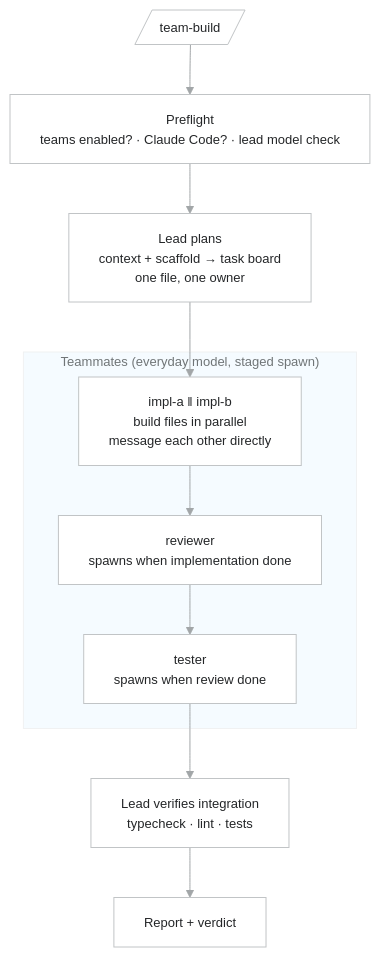
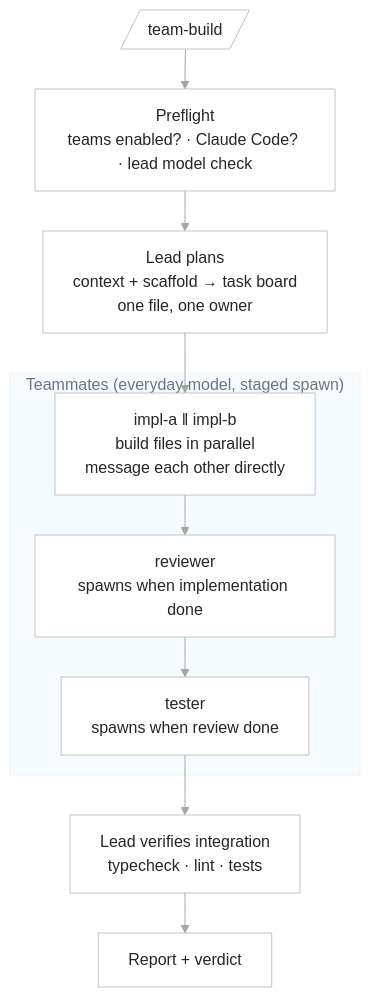
Diagram 15 of 17 in README.md (raditia/CraftKit), drawn with Mermaid before and after one commit. The commit also changed other lines of this file, not shown here.

First line of the commit message:
docs: make README diagrams readable at GitHub width

````diff
--- a/README.md
+++ b/README.md
@@ -934,32 +965,34 @@
 ```mermaid
 ---
 config:
   theme: base
   look: classic
   fontFamily: "-apple-system, BlinkMacSystemFont, Segoe UI, Helvetica, Arial, sans-serif"
   themeVariables:
     fontFamily: "-apple-system, BlinkMacSystemFont, Segoe UI, Helvetica, Arial, sans-serif"
-    fontSize: 13px
+    fontSize: 16px
     primaryColor: "#FFFFFF"
     primaryBorderColor: "#C1C4C6"
     primaryTextColor: "#242628"
     lineColor: "#A2A6A8"
     clusterBkg: "#F5FBFF"
     clusterBorder: "#F0F1F2"
     titleColor: "#707577"
     edgeLabelBackground: "#FFFFFF"
   flowchart:
     curve: basis
-    wrappingWidth: 640
+    wrappingWidth: 240
+    nodeSpacing: 30
+    rankSpacing: 40
 ---
 flowchart TD
-    A[/team-build/] --> B["Preflight\nteams enabled? · Claude Code? · lead model check"]
-    B --> C["Lead plans\ncontext + scaffold → task board\none file, one owner"]
+    A[/team-build/] --> B["Preflight<br/>teams enabled? · Claude Code? · lead model check"]
+    B --> C["Lead plans<br/>context + scaffold → task board<br/>one file, one owner"]
     C --> D
     subgraph team ["Teammates (everyday model, staged spawn)"]
-        D["impl-a ‖ impl-b\nbuild files in parallel\nmessage each other directly"] --> E["reviewer\nspawns when implementation done"]
-        E --> F["tester\nspawns when review done"]
+        D["impl-a ‖ impl-b<br/>build files in parallel<br/>message each other directly"] --> E["reviewer<br/>spawns when implementation done"]
+        E --> F["tester<br/>spawns when review done"]
     end
-    F --> G["Lead verifies integration\ntypecheck · lint · tests"]
+    F --> G["Lead verifies integration<br/>typecheck · lint · tests"]
     G --> H[Report + verdict]
 ```
````
